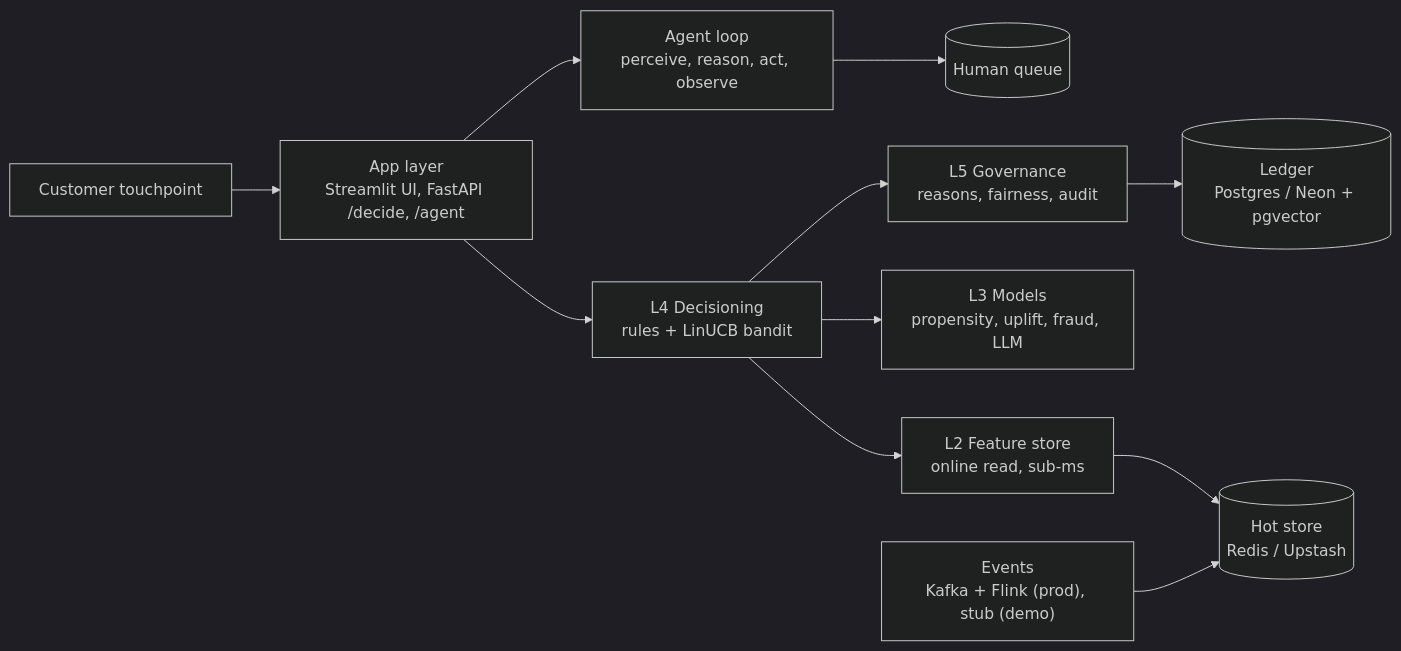
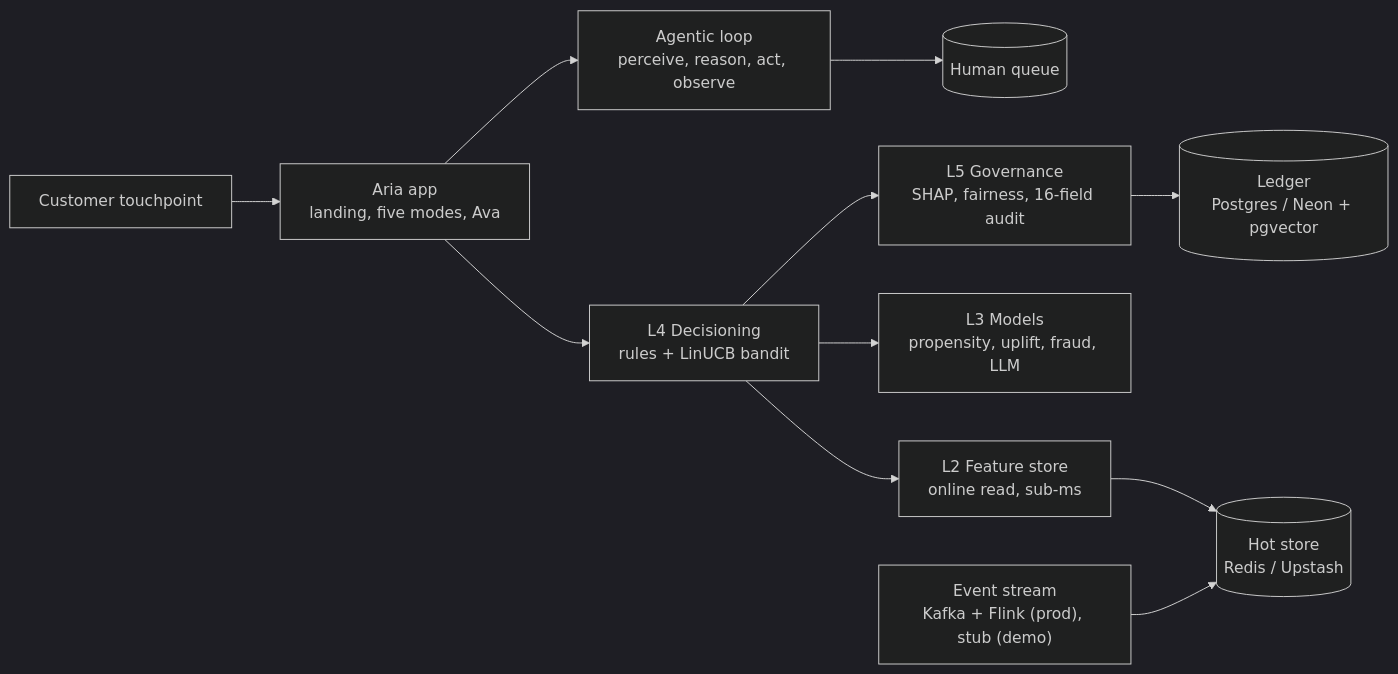
The diagram in README.md (wyattstanson/bfsi-demo), drawn with Mermaid (dark theme) before and after one commit. The commit also changed other lines of this file and 40 other files, not shown here.

First line of the commit message:
Aria platform: five stakeholder modes, global data, comment-free code

````diff
--- a/README.md
+++ b/README.md
@@ -30,13 +33,13 @@
 ```mermaid
 flowchart LR
-  T["Customer touchpoint"] --> APP["App layer<br/>Streamlit UI, FastAPI /decide, /agent"]
+  T["Customer touchpoint"] --> APP["Aria app<br/>landing, five modes, Ava"]
   APP --> DEC["L4 Decisioning<br/>rules + LinUCB bandit"]
   DEC --> FS["L2 Feature store<br/>online read, sub-ms"]
   DEC --> MOD["L3 Models<br/>propensity, uplift, fraud, LLM"]
-  DEC --> GOV["L5 Governance<br/>reasons, fairness, audit"]
+  DEC --> GOV["L5 Governance<br/>SHAP, fairness, 16-field audit"]
   FS --> HOT[("Hot store<br/>Redis / Upstash")]
   GOV --> LED[("Ledger<br/>Postgres / Neon + pgvector")]
-  APP --> AG["Agent loop<br/>perceive, reason, act, observe"]
+  APP --> AG["Agentic loop<br/>perceive, reason, act, observe"]
   AG --> HQ[("Human queue")]
-  CDC["Events<br/>Kafka + Flink (prod), stub (demo)"] --> HOT
+  CDC["Event stream<br/>Kafka + Flink (prod), stub (demo)"] --> HOT
 ```
````
